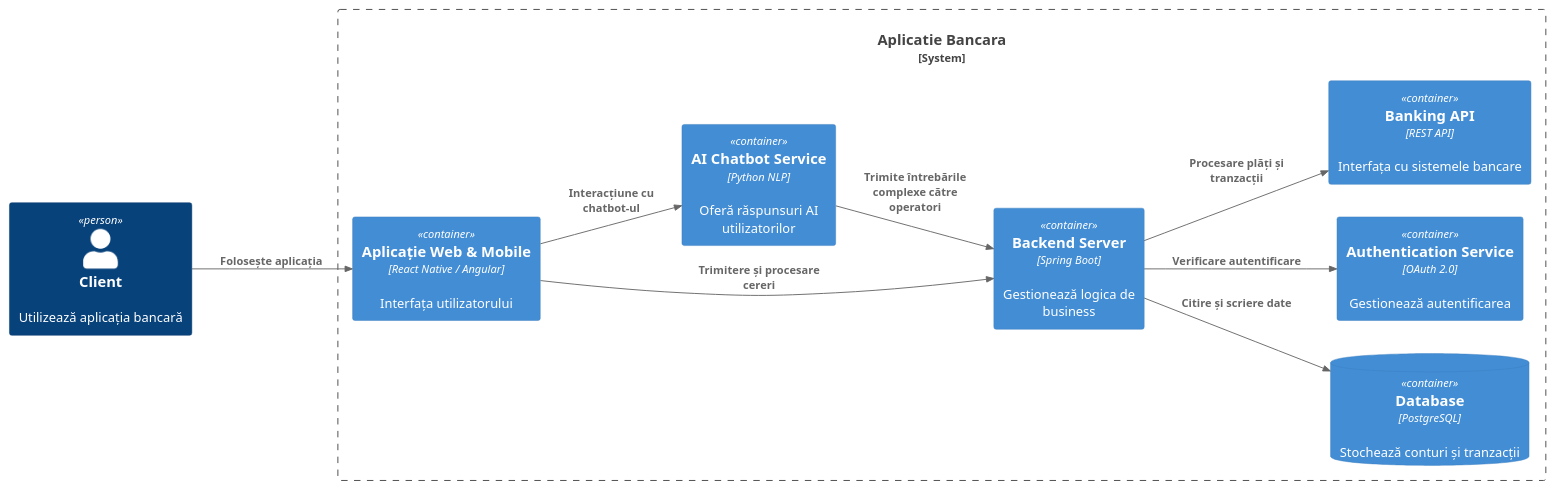
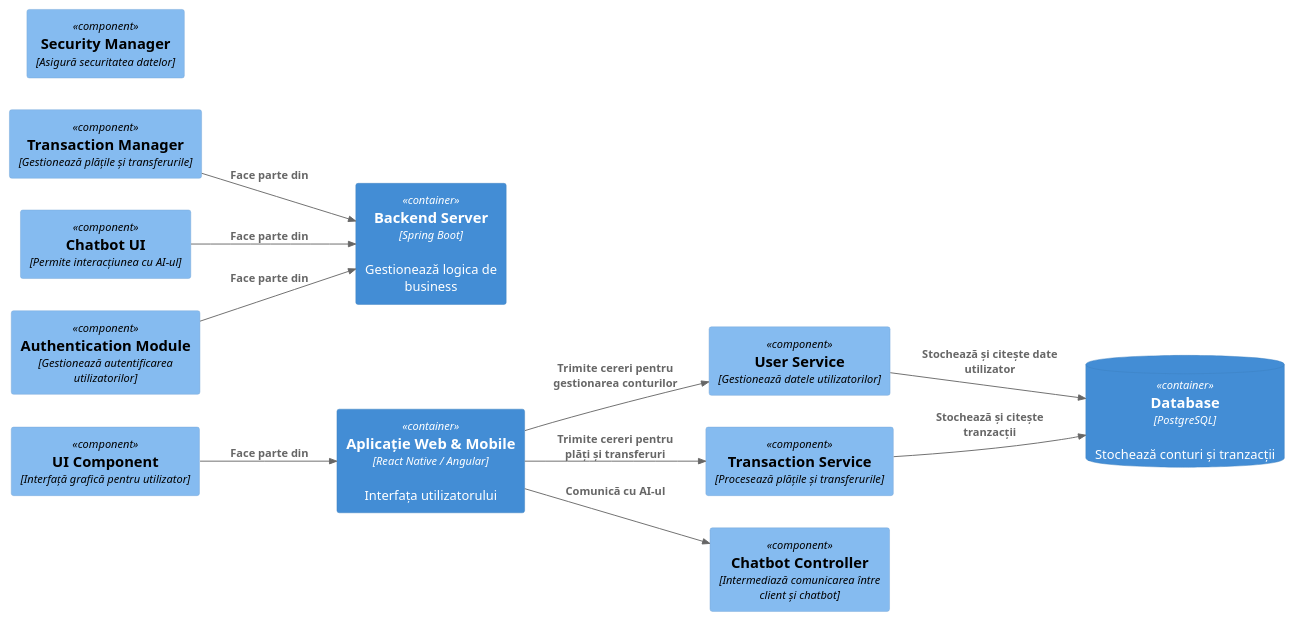
One commit to Bogoleu/IP-LAB4 changed the diagram in Diagrame/diagramaDeComponente.puml. Above: the diagram before and after it, drawn with PlantUML.

Commit message:
diagramaDeComponente.puml

```diff
--- a/Diagrame/diagramaDeComponente.puml
+++ b/Diagrame/diagramaDeComponente.puml
@@ -1,24 +1,32 @@
 @startuml
-!include <C4/C4_Container>
+!include <C4/C4_Component>
 
 LAYOUT_LANDSCAPE()
 
-Person(client, "Client", "Utilizează aplicația bancară")
-System_Boundary(banking_app, "Aplicatie Bancara") {
-    Container(web_mobile, "Aplicație Web & Mobile", "React Native / Angular", "Interfața utilizatorului")
-    Container(backend, "Backend Server", "Spring Boot", "Gestionează logica de business")
-    Container(ai_service, "AI Chatbot Service", "Python NLP", "Oferă răspunsuri AI utilizatorilor")
-    ContainerDb(db, "Database", "PostgreSQL", "Stochează conturi și tranzacții")
-    Container(auth, "Authentication Service", "OAuth 2.0", "Gestionează autentificarea")
-    Container(api, "Banking API", "REST API", "Interfața cu sistemele bancare")
-}
+Container(web_mobile, "Aplicație Web & Mobile", "React Native / Angular", "Interfața utilizatorului")
+Container(backend, "Backend Server", "Spring Boot", "Gestionează logica de business")
+ContainerDb(db, "Database", "PostgreSQL", "Stochează conturi și tranzacții")
 
-Rel(client, web_mobile, "Folosește aplicația")
-Rel(web_mobile, backend, "Trimitere și procesare cereri")
-Rel(web_mobile, ai_service, "Interacțiune cu chatbot-ul")
-Rel(ai_service, backend, "Trimite întrebările complexe către operatori")
-Rel(backend, db, "Citire și scriere date")
-Rel(backend, auth, "Verificare autentificare")
-Rel(backend, api, "Procesare plăți și tranzacții")
+Component(web_ui, "UI Component", "Interfață grafică pentru utilizator")
+Component(transaction_manager, "Transaction Manager", "Gestionează plățile și transferurile")
+Component(chatbot_ui, "Chatbot UI", "Permite interacțiunea cu AI-ul")
+Component(auth_module, "Authentication Module", "Gestionează autentificarea utilizatorilor")
+
+Component(user_service, "User Service", "Gestionează datele utilizatorilor")
+Component(transaction_service, "Transaction Service", "Procesează plățile și transferurile")
+Component(security_manager, "Security Manager", "Asigură securitatea datelor")
+Component(chatbot_controller, "Chatbot Controller", "Intermediază comunicarea între client și chatbot")
+
+Rel(web_ui, web_mobile, "Face parte din")
+Rel(transaction_manager, backend, "Face parte din")
+Rel(chatbot_ui, backend, "Face parte din")
+Rel(auth_module, backend, "Face parte din")
+
+Rel(web_mobile, user_service, "Trimite cereri pentru gestionarea conturilor")
+Rel(web_mobile, transaction_service, "Trimite cereri pentru plăți și transferuri")
+Rel(web_mobile, chatbot_controller, "Comunică cu AI-ul")
+
+Rel(user_service, db, "Stochează și citește date utilizator")
+Rel(transaction_service, db, "Stochează și citește tranzacții")
 
 @enduml
```
